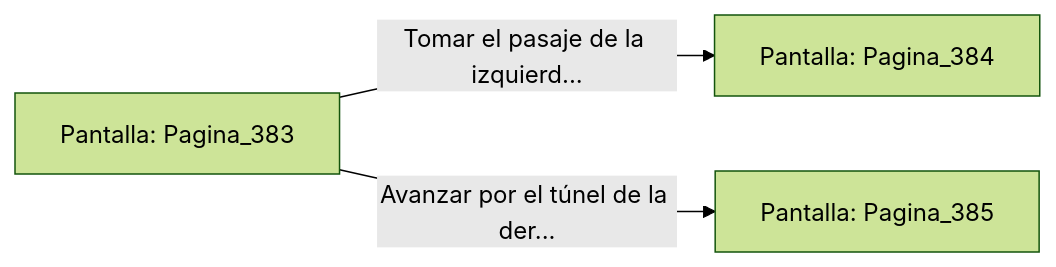
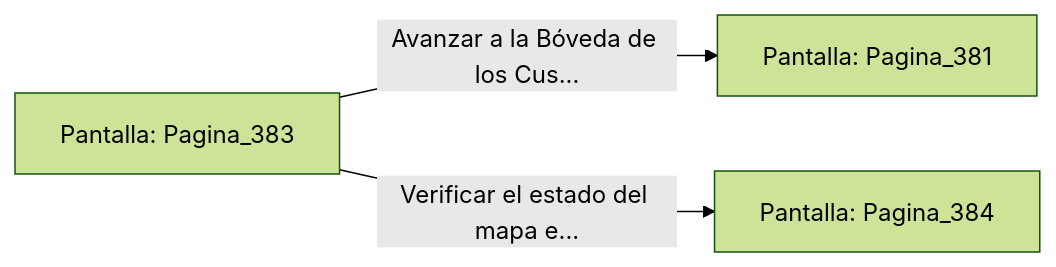
The diagram in sample/eligejuego-vault/Pantalla_Pagina_383.md (metsuke/mpl), drawn with Mermaid (forest theme) before and after one commit. The commit also changed other lines of this file and 635 other files, not shown here.

First line of the commit message:
fix: añadir Pagina_1 como pantalla inicial en capitulo_01.mpl

````diff
--- a/sample/eligejuego-vault/Pantalla_Pagina_383.md
+++ b/sample/eligejuego-vault/Pantalla_Pagina_383.md
@@ -20,6 +24,6 @@
 ```mermaid
 graph LR
     P_Pagina_383["Pantalla: Pagina_383"]
-    P_Pagina_383 -->|"Tomar el pasaje de la izquierd..."| P_Pagina_384["Pantalla: Pagina_384"]
-    P_Pagina_383 -->|"Avanzar por el túnel de la der..."| P_Pagina_385["Pantalla: Pagina_385"]
+    P_Pagina_383 -->|"Avanzar a la Bóveda de los Cus..."| P_Pagina_381["Pantalla: Pagina_381"]
+    P_Pagina_383 -->|"Verificar el estado del mapa e..."| P_Pagina_384["Pantalla: Pagina_384"]
 ```
````
